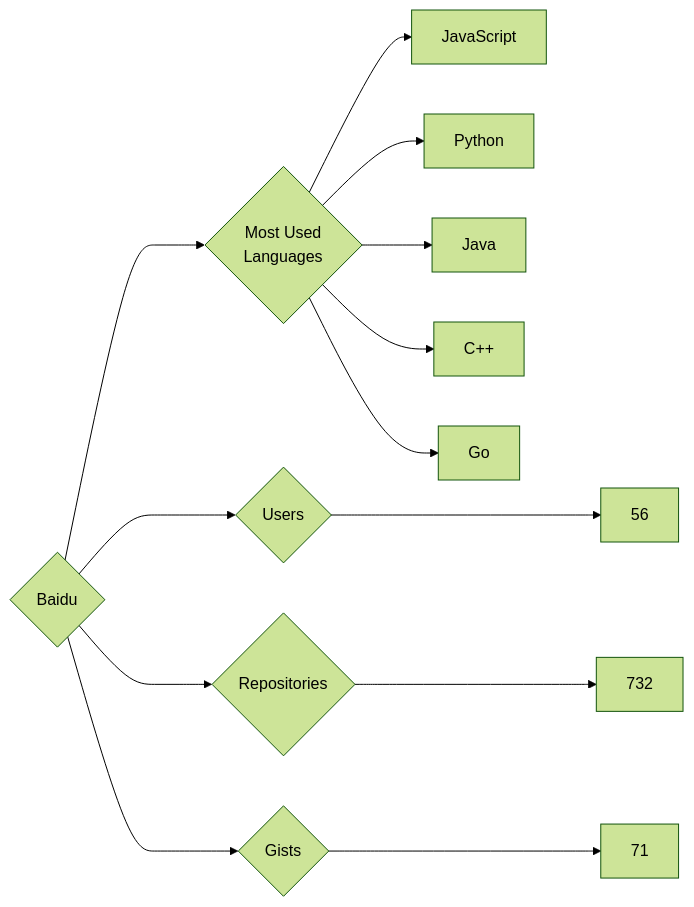
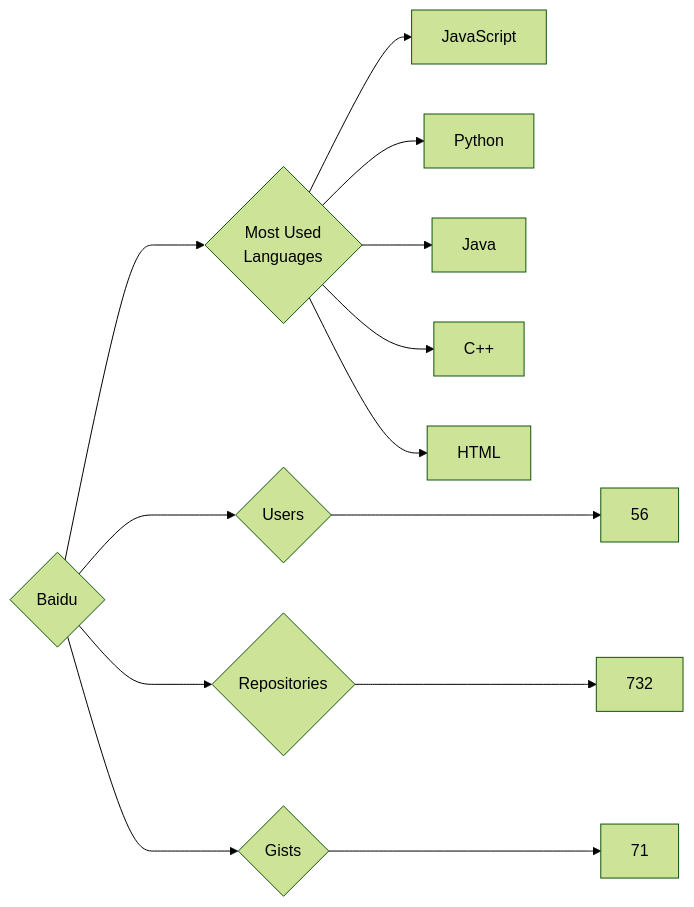
The diagram in targets/Baidu/README.md (trickest/insiders), drawn with Mermaid (forest theme) before and after one commit. The commit also changed 677 other files, not shown here.

````diff
--- a/targets/Baidu/README.md
+++ b/targets/Baidu/README.md
@@ -3,13 +3,13 @@
 ```mermaid
 graph LR
 COMPANY_NAME{Baidu}
 COMPANY_NAME ---> U{Users} ---> UN[56]
 COMPANY_NAME ---> R{Repositories} ---> RN[732]
 COMPANY_NAME ---> G{Gists} ---> GN[71]
 COMPANY_NAME ---> ML{Most Used<br>Languages}
 ML --> JavaScript[JavaScript]
 ML --> Python[Python]
 ML --> Java[Java]
 ML --> C++[C++]
-ML --> Go[Go]
+ML --> HTML[HTML]
 ```
````
